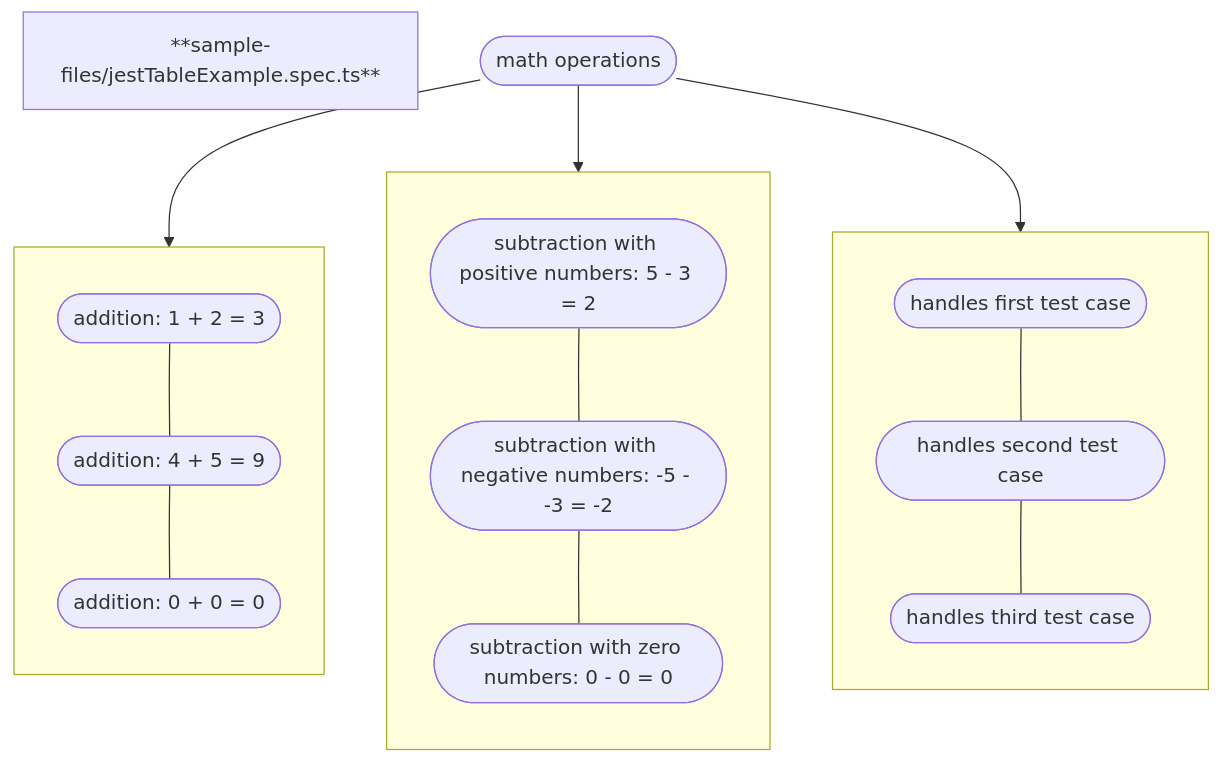
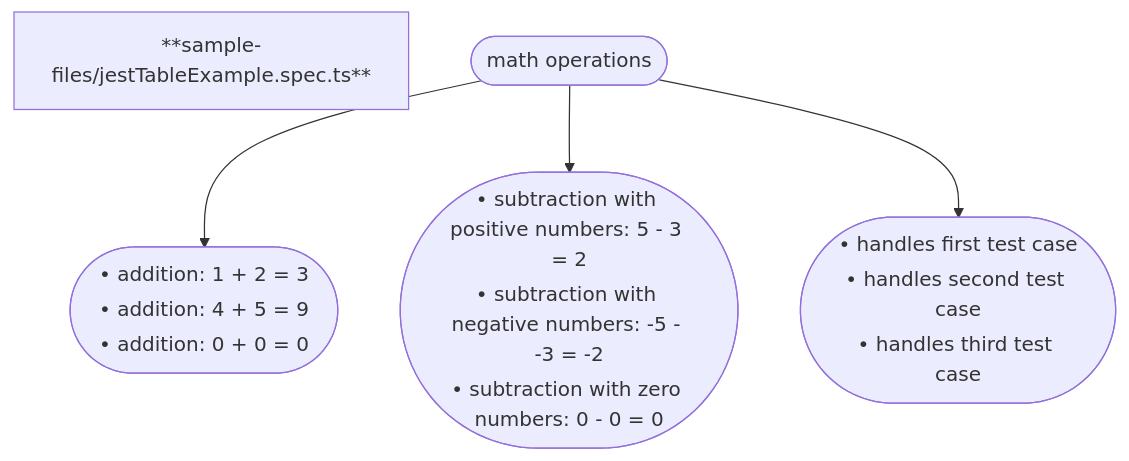
One commit to arnaudrenaud/speccharts changed the diagram in sample-files/jestTableExample.spec.ts.mmd. Above: the diagram before and after it, drawn with Mermaid. The commit also changed 2 other files, not shown here.

Commit message:
Render spec table as leaf with list of cases

```diff
--- a/sample-files/jestTableExample.spec.ts.mmd
+++ b/sample-files/jestTableExample.spec.ts.mmd
@@ -1,32 +1,11 @@
 flowchart TD
 title["**sample-files/jestTableExample.spec.ts**"]
 N0(["math operations"])
-subgraph subgraph_N2[" "]
-  direction TB
-  N3(["addition: 1 + 2 = 3"])
-  N4(["addition: 4 + 5 = 9"])
-  N5(["addition: 0 + 0 = 0"])
-  N3 --- N4
-  N4 --- N5
-end
-N0 --> subgraph_N2
-subgraph subgraph_N7[" "]
-  direction TB
-  N8(["subtraction with positive numbers: 5 - 3 = 2"])
-  N9(["subtraction with negative numbers: -5 - -3 = -2"])
-  N10(["subtraction with zero numbers: 0 - 0 = 0"])
-  N8 --- N9
-  N9 --- N10
-end
-N0 --> subgraph_N7
-subgraph subgraph_N12[" "]
-  direction TB
-  N13(["handles first test case"])
-  N14(["handles second test case"])
-  N15(["handles third test case"])
-  N13 --- N14
-  N14 --- N15
-end
-N0 --> subgraph_N12
+N1(["<table><tr><td>• addition: 1 + 2 = 3</td></tr><tr><td>• addition: 4 + 5 = 9</td></tr><tr><td>• addition: 0 + 0 = 0</td></tr></table>"])
+N0 --> N1
+N2(["<table><tr><td>• subtraction with positive numbers: 5 - 3 = 2</td></tr><tr><td>• subtraction with negative numbers: -5 - -3 = -2</td></tr><tr><td>• subtraction with zero numbers: 0 - 0 = 0</td></tr></table>"])
+N0 --> N2
+N3(["<table><tr><td>• handles first test case</td></tr><tr><td>• handles second test case</td></tr><tr><td>• handles third test case</td></tr></table>"])
+N0 --> N3
 
 %% ✴ Generated by speccharts v0.3.1 ✴ https://github.com/arnaudrenaud/speccharts
```
